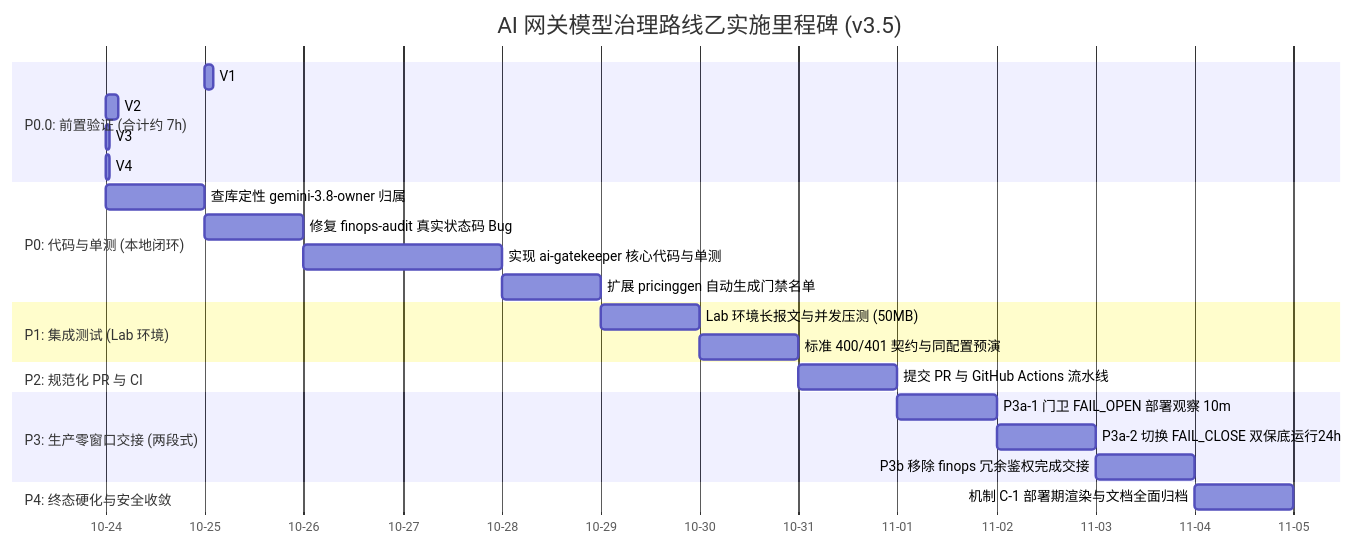
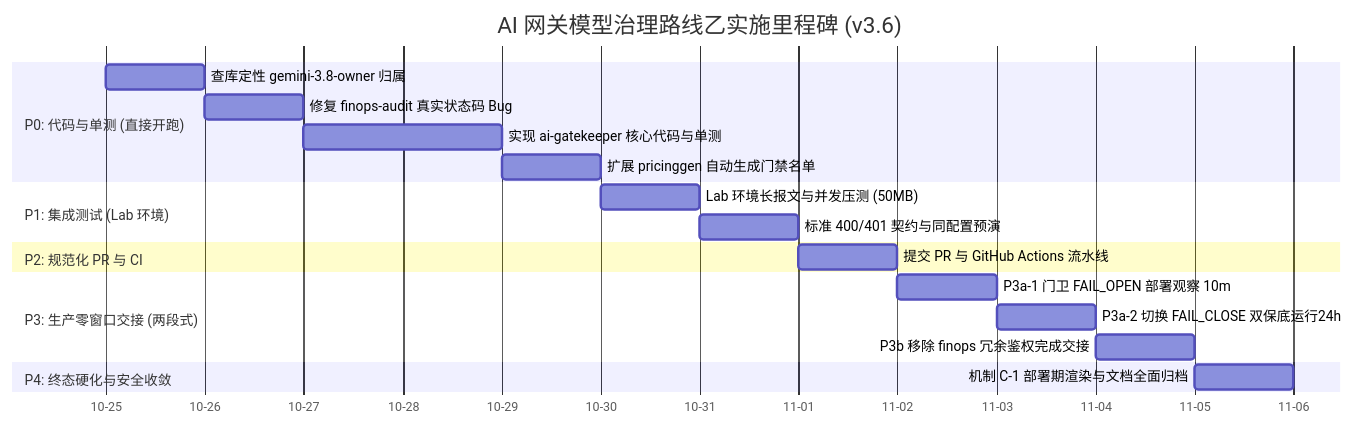
One commit to nvd11/my-higress-svc changed the third of 3 diagrams in docs/MODEL_GOVERNANCE_PLAN_V3.md. Above: the diagram before and after it, drawn with Mermaid. The commit also changed other lines of this file, not shown here.

````diff
--- a/docs/MODEL_GOVERNANCE_PLAN_V3.md
+++ b/docs/MODEL_GOVERNANCE_PLAN_V3.md
@@ -332,33 +331,27 @@
 ```mermaid
 gantt
-    title AI 网关模型治理路线乙实施里程碑 (v3.5)
+    title AI 网关模型治理路线乙实施里程碑 (v3.6)
     dateFormat YYYY-MM-DD
     axisFormat %m-%d
     
-    section P0.0: 前置验证 (合计约 7h)
-    V1: 50MB 缓冲支撑 3.5MB 报文       :v1, 2026-10-25, 2h
-    V2: Body 阶段请求头注入时机测试    :v2, after v1, 3h
-    V3: 本地拒绝事件留痕链路测试       :v3, after v2, 1h
-    V4: x-request-id 归属与稳定性测试  :v4, after v3, 1h
-
-    section P0: 代码与单测 (本地闭环)
-    查库定性 gemini-3.8-owner 归属     :p0_1, after v4, 0.5d
+    section P0: 代码与单测 (直接开跑)
+    查库定性 gemini-3.8-owner 归属     :p0_1, 2026-10-25, 0.5d
     修复 finops-audit 真实状态码 Bug   :p0_2, after p0_1, 0.5d
     实现 ai-gatekeeper 核心代码与单测  :p0_3, after p0_2, 1.5d
     扩展 pricinggen 自动生成门禁名单   :p0_4, after p0_3, 0.5d
 
     section P1: 集成测试 (Lab 环境)
     Lab 环境长报文与并发压测 (50MB)    :p1_1, after p0_4, 1d
     标准 400/401 契约与同配置预演      :p1_2, after p1_1, 1d
 
     section P2: 规范化 PR 与 CI
     提交 PR 与 GitHub Actions 流水线   :p2_1, after p1_2, 1d
 
     section P3: 生产零窗口交接 (两段式)
     P3a-1 门卫 FAIL_OPEN 部署观察 10m  :p3_1, after p2_1, 0.5d
     P3a-2 切换 FAIL_CLOSE 双保底运行24h:p3_2, after p3_1, 1d
     P3b 移除 finops 冗余鉴权完成交接   :p3_3, after p3_2, 0.5d
 
     section P4: 终态硬化与安全收敛
     机制 C-1 部署期渲染与文档全面归档  :p4_1, after p3_3, 1d
 ```
````
